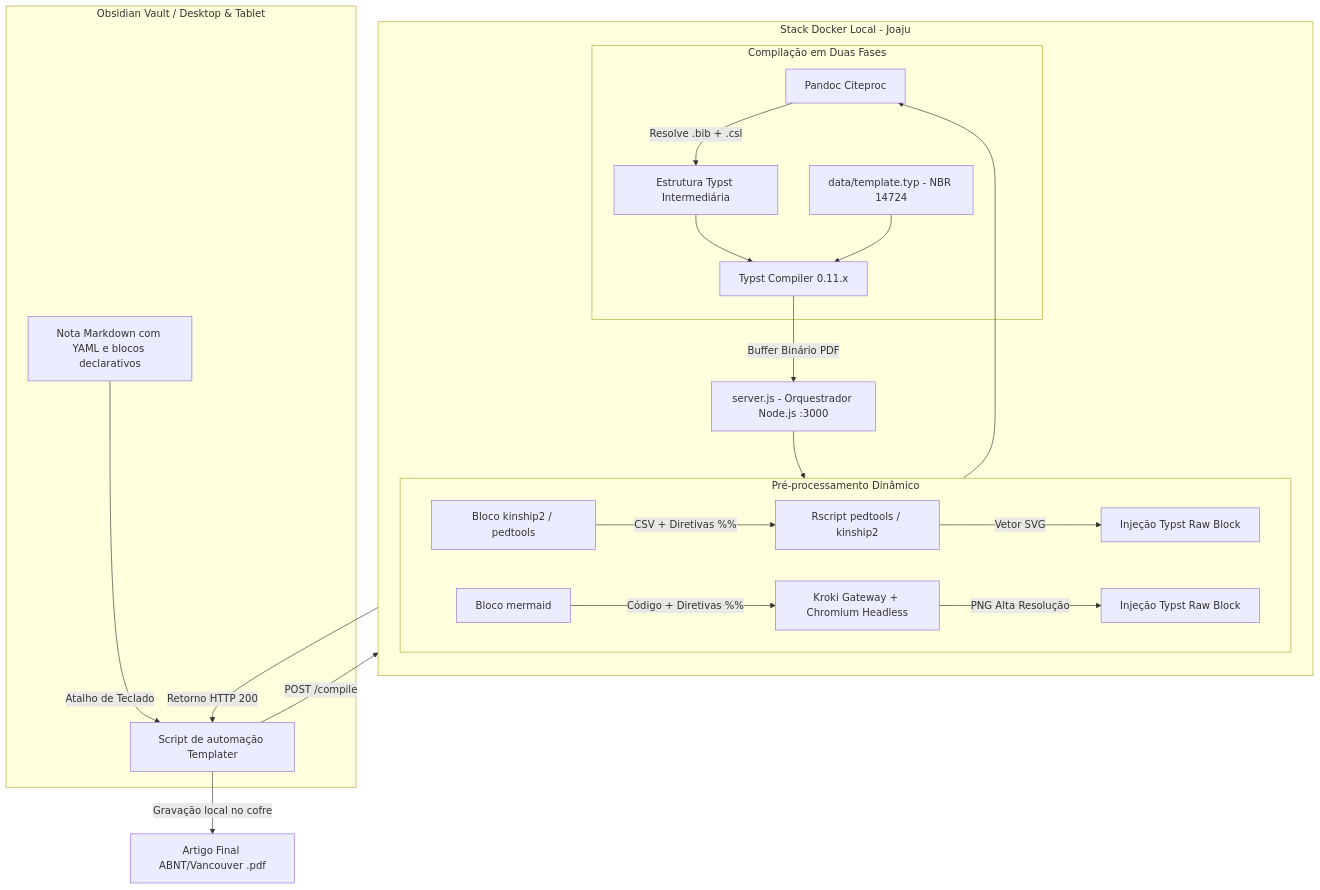
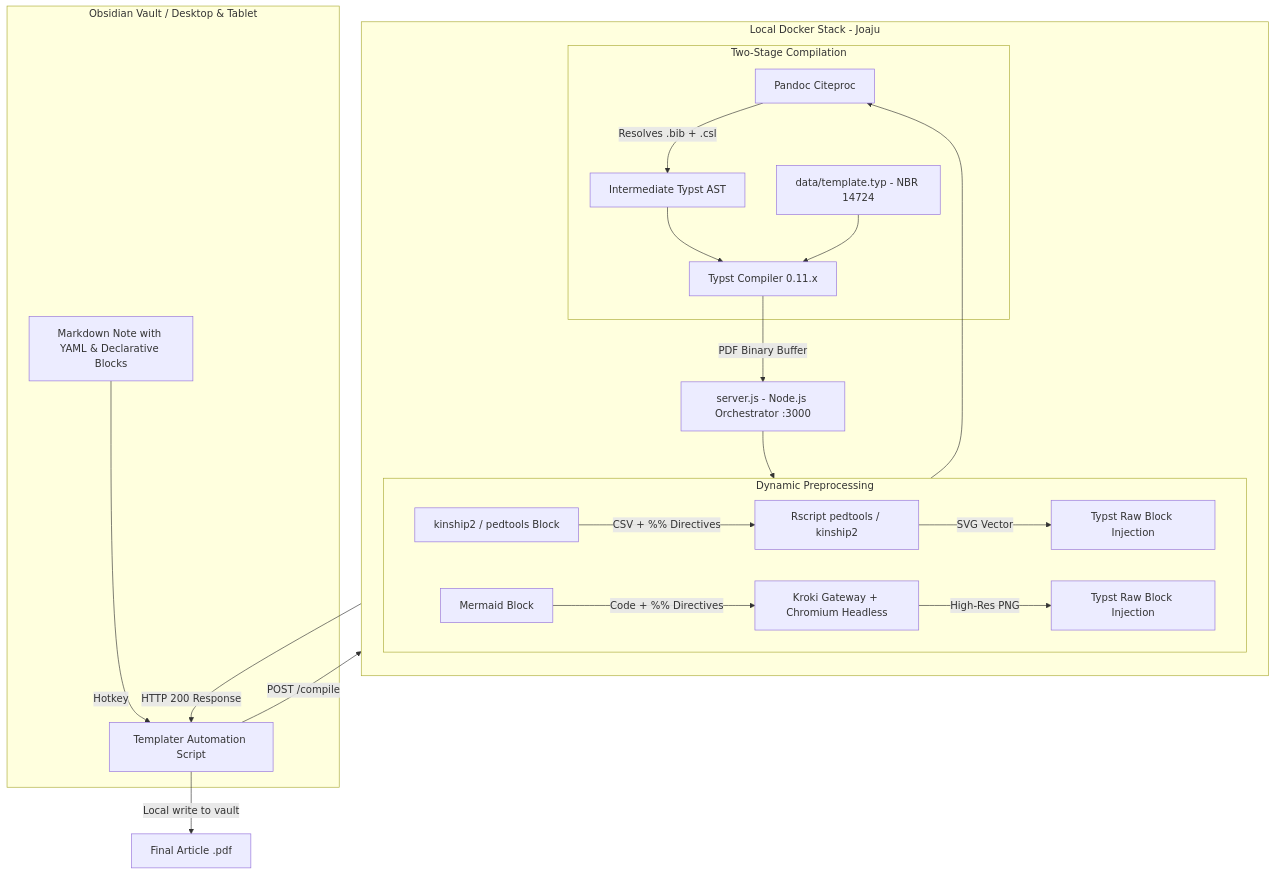
The first of 5 diagrams in README.md (lumenpink/joaju), drawn with Mermaid before and after one commit. The commit also changed other lines of this file, not shown here.

````diff
--- a/README.md
+++ b/README.md
@@ -28,36 +28,36 @@
 ```mermaid
 flowchart TD
     subgraph Obsidian [Obsidian Vault / Desktop & Tablet]
-        MD[Nota Markdown com YAML e blocos declarativos]
-        TP[Script de automação Templater]
-        MD -->|Atalho de Teclado| TP
+        MD["Markdown Note with YAML & Declarative Blocks"]
+        TP["Templater Automation Script"]
+        MD -->|"Hotkey"| TP
     end
 
-    subgraph Docker [Stack Docker Local - Joaju]
+    subgraph Docker [Local Docker Stack - Joaju]
         direction TB
-        SRV[server.js - Orquestrador Node.js :3000]
-        TP -->|POST /compile| SRV
+        SRV["server.js - Node.js Orchestrator :3000"]
+        TP -->|"POST /compile"| SRV
 
-        subgraph Preprocess [Pré-processamento Dinâmico]
+        subgraph Preprocess [Dynamic Preprocessing]
             direction LR
-            H_BLK["Bloco kinship2 / pedtools"] -->|CSV + Diretivas %%| R_ENG[Rscript pedtools / kinship2]
-            M_BLK["Bloco mermaid"] -->|Código + Diretivas %%| KRK[Kroki Gateway + Chromium Headless]
-            R_ENG -->|Vetor SVG| TYP_INJ1[Injeção Typst Raw Block]
-            KRK -->|PNG Alta Resolução| TYP_INJ2[Injeção Typst Raw Block]
+            H_BLK["kinship2 / pedtools Block"] -->|"CSV + %% Directives"| R_ENG["Rscript pedtools / kinship2"]
+            M_BLK["Mermaid Block"] -->|"Code + %% Directives"| KRK["Kroki Gateway + Chromium Headless"]
+            R_ENG -->|"SVG Vector"| TYP_INJ1["Typst Raw Block Injection"]
+            KRK -->|"High-Res PNG"| TYP_INJ2["Typst Raw Block Injection"]
         end
 
         SRV --> Preprocess
 
-        subgraph Compilers [Compilação em Duas Fases]
-            PANDOC[Pandoc Citeproc] -->|Resolve .bib + .csl| TYP_AST[Estrutura Typst Intermediária]
-            TYP_AST --> TYPST[Typst Compiler 0.11.x]
-            TEMPLATE[data/template.typ - NBR 14724] --> TYPST
+        subgraph Compilers [Two-Stage Compilation]
+            PANDOC["Pandoc Citeproc"] -->|"Resolves .bib + .csl"| TYP_AST["Intermediate Typst AST"]
+            TYP_AST --> TYPST["Typst Compiler 0.11.x"]
+            TEMPLATE["data/template.typ - NBR 14724"] --> TYPST
         end
 
         Preprocess --> PANDOC
-        TYPST -->|Buffer Binário PDF| SRV
+        TYPST -->|"PDF Binary Buffer"| SRV
     end
 
-    SRV -->|Retorno HTTP 200| TP
-    TP -->|Gravação local no cofre| PDF[Artigo Final ABNT/Vancouver .pdf]
+    SRV -->|"HTTP 200 Response"| TP
+    TP -->|"Local write to vault"| PDF["Final Article .pdf"]
 ```
````
